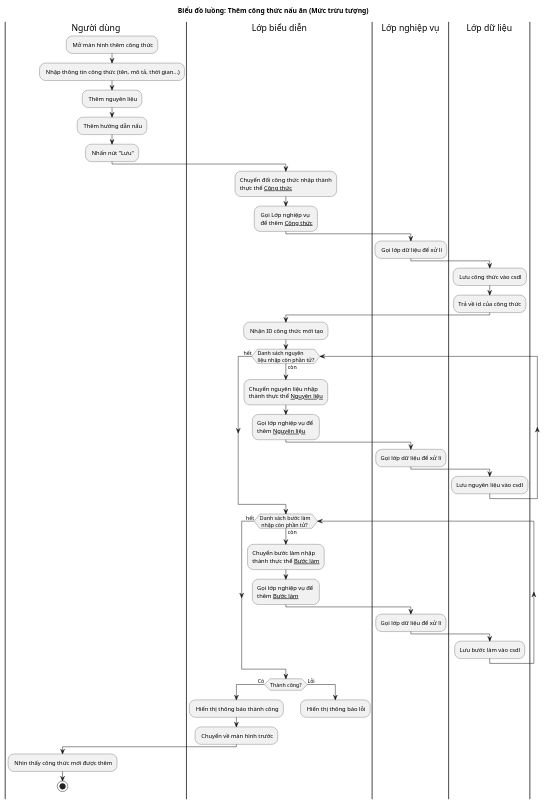
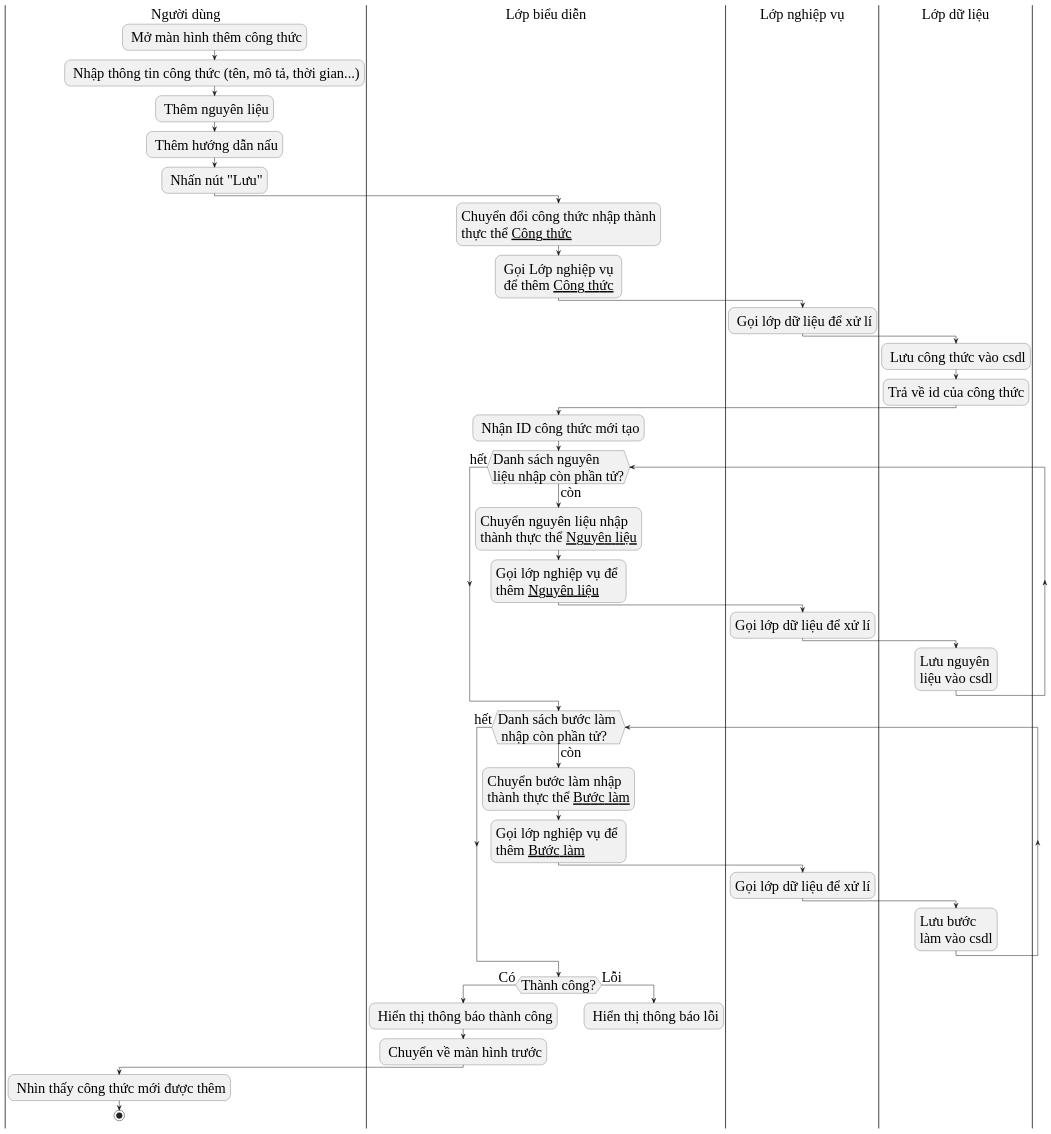
Before and after one commit to thecodinglife320/CookGood: the diagram in diagram/add_recipe.puml, drawn with PlantUML. The commit also changed 57 other files, not shown here.

```diff
--- a/diagram/add_recipe.puml
+++ b/diagram/add_recipe.puml
@@ -1,49 +1,50 @@
 @startuml
-title Biểu đồ luồng: Thêm công thức nấu ăn (Mức trừu tượng)
+skinparam DefaultFontName "Liberation Serif"
+skinparam DefaultFontSize 30
 
 |Người dùng|
 : Mở màn hình thêm công thức;
 : Nhập thông tin công thức (tên, mô tả, thời gian...);
 : Thêm nguyên liệu;
 : Thêm hướng dẫn nấu;
 : Nhấn nút "Lưu";
 |Lớp biểu diễn|
 :Chuyển đổi công thức nhập thành\nthực thể __Công thức__;
 : Gọi Lớp nghiệp vụ \n để thêm __Công thức__;
 |Lớp nghiệp vụ|
 : Gọi lớp dữ liệu để xử lí;
 |Lớp dữ liệu|
 : Lưu công thức vào csdl;
 :Trả về id của công thức;
 |Lớp biểu diễn|
 : Nhận ID công thức mới tạo;
 while (Danh sách nguyên \nliệu nhập còn phần tử?) is (còn)
 	:Chuyển nguyên liệu nhập \nthành thực thể __Nguyên liệu__;
   :Gọi lớp nghiệp vụ để \nthêm __Nguyên liệu__;
   |Lớp nghiệp vụ|
   :Gọi lớp dữ liệu để xử lí;
   |Lớp dữ liệu|
-  :Lưu nguyên liệu vào csdl;
+  :Lưu nguyên\nliệu vào csdl;
 endwhile (hết)
 |Lớp biểu diễn|
 while (Danh sách bước làm \n nhập còn phần tử?) is (còn)
   :Chuyển bước làm nhập \nthành thực thể __Bước làm__;
     :Gọi lớp nghiệp vụ để \nthêm __Bước làm__;
     |Lớp nghiệp vụ|
     :Gọi lớp dữ liệu để xử lí;
     |Lớp dữ liệu|
-    :Lưu bước làm vào csdl;
+    :Lưu bước\nlàm vào csdl;
 endwhile (hết)
 |Lớp biểu diễn|
 if (Thành công?) then (Có)
   : Hiển thị thông báo thành công;
   : Chuyển về màn hình trước;
   |Người dùng|
   : Nhìn thấy công thức mới được thêm;
   stop
 else (Lỗi)
 	|Lớp biểu diễn|
   : Hiển thị thông báo lỗi;
   kill
 endif
 @enduml
```
